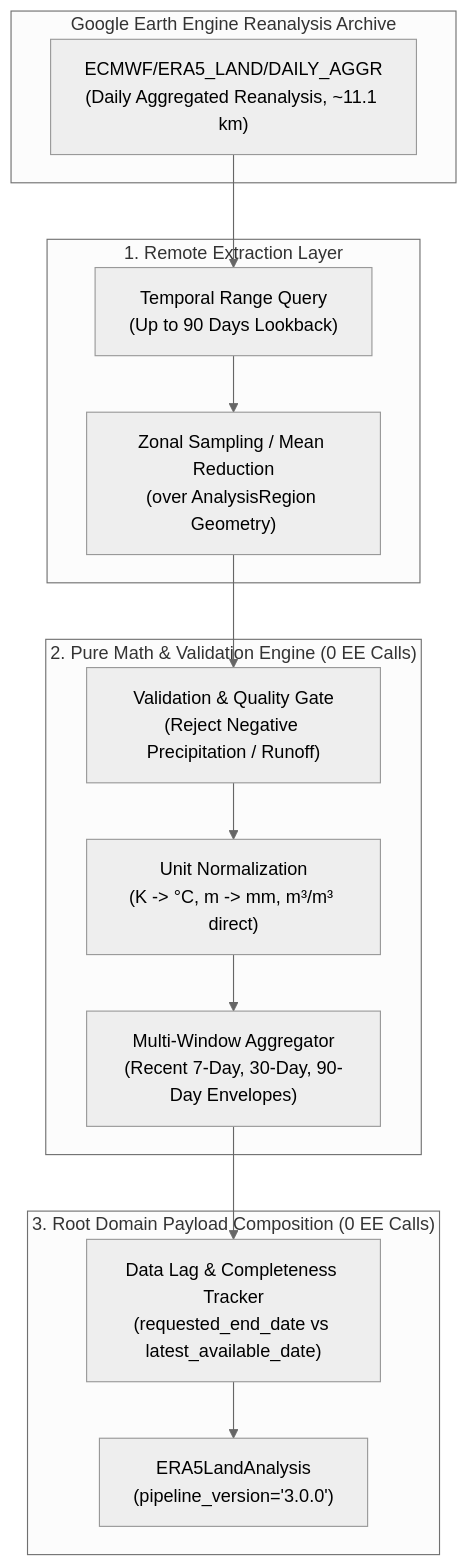
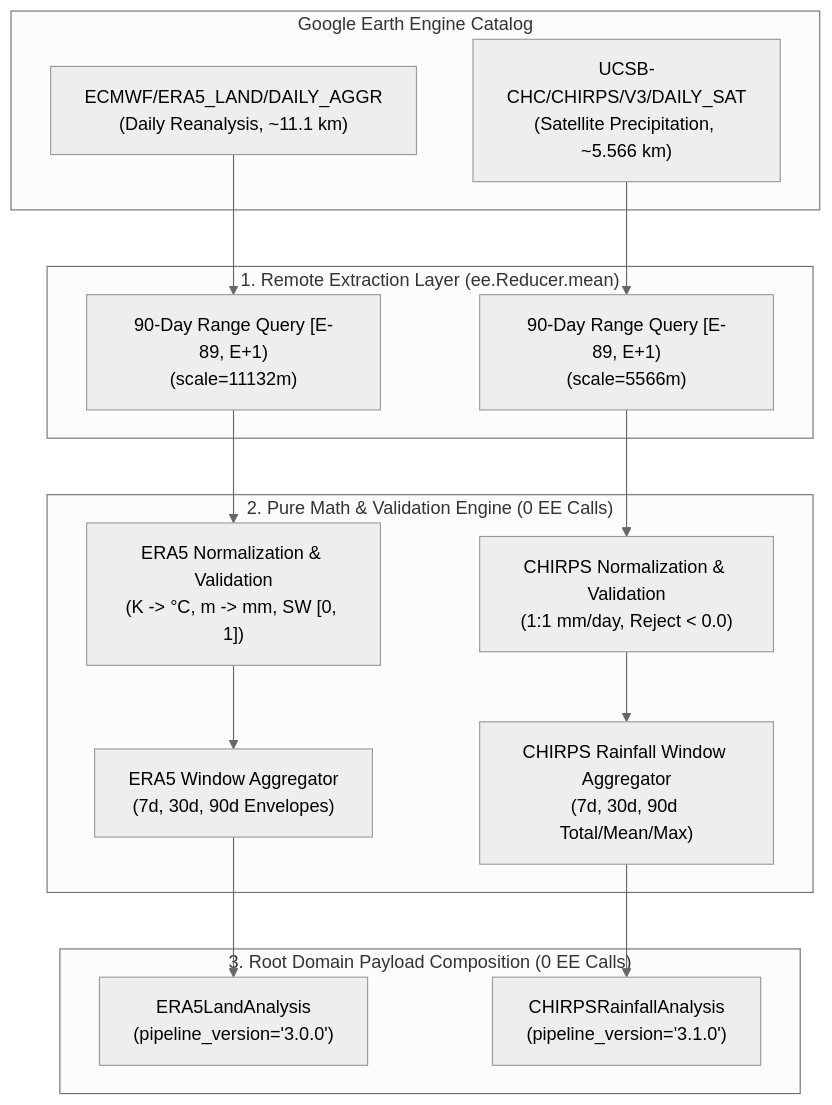
One commit to Kushagra-Dixit-0906/bharatsahayak-v2 changed the third of 3 diagrams in docs/ARCHITECTURE.md. Above: the diagram before and after it, drawn with Mermaid (neutral theme). The commit also changed other lines of this file and 19 other files, not shown here.

Commit message:
feat(environment): complete Phase 3B CHIRPS rainfall subsystem

````diff
--- a/docs/ARCHITECTURE.md
+++ b/docs/ARCHITECTURE.md
@@ -205,22 +205,24 @@
 ```mermaid
 graph TD
-    subgraph EarthEngineCatalog ["Google Earth Engine Reanalysis Archive"]
-        ERA["ECMWF/ERA5_LAND/DAILY_AGGR\n(Daily Aggregated Reanalysis, ~11.1 km)"]
+    subgraph EarthEngineCatalog ["Google Earth Engine Catalog"]
+        ERA["ECMWF/ERA5_LAND/DAILY_AGGR\n(Daily Reanalysis, ~11.1 km)"]
+        CHIRPS["UCSB-CHC/CHIRPS/V3/DAILY_SAT\n(Satellite Precipitation, ~5.566 km)"]
     end
 
-    subgraph DataExtraction ["1. Remote Extraction Layer"]
-        ERA --> Query["Temporal Range Query\n(Up to 90 Days Lookback)"]
-        Query --> Sample["Zonal Sampling / Mean Reduction\n(over AnalysisRegion Geometry)"]
+    subgraph DataExtraction ["1. Remote Extraction Layer (ee.Reducer.mean)"]
+        ERA --> QueryERA["90-Day Range Query [E-89, E+1)\n(scale=11132m)"]
+        CHIRPS --> QueryCHIRPS["90-Day Range Query [E-89, E+1)\n(scale=5566m)"]
     end
 
     subgraph ValidationEngine ["2. Pure Math & Validation Engine (0 EE Calls)"]
-        Sample --> Val["Validation & Quality Gate\n(Reject Negative Precipitation / Runoff)"]
-        Val --> Norm["Unit Normalization\n(K -> °C, m -> mm, m³/m³ direct)"]
-        Norm --> Win["Multi-Window Aggregator\n(Recent 7-Day, 30-Day, 90-Day Envelopes)"]
+        QueryERA --> NormERA["ERA5 Normalization & Validation\n(K -> °C, m -> mm, SW [0, 1])"]
+        QueryCHIRPS --> NormCHIRPS["CHIRPS Normalization & Validation\n(1:1 mm/day, Reject < 0.0)"]
+        NormERA --> WinERA["ERA5 Window Aggregator\n(7d, 30d, 90d Envelopes)"]
+        NormCHIRPS --> WinCHIRPS["CHIRPS Rainfall Window Aggregator\n(7d, 30d, 90d Total/Mean/Max)"]
     end
 
     subgraph DomainAssembly ["3. Root Domain Payload Composition (0 EE Calls)"]
-        Win --> Lag["Data Lag & Completeness Tracker\n(requested_end_date vs latest_available_date)"]
-        Lag --> Out["ERA5LandAnalysis\n(pipeline_version='3.0.0')"]
+        WinERA --> OutERA["ERA5LandAnalysis\n(pipeline_version='3.0.0')"]
+        WinCHIRPS --> OutCHIRPS["CHIRPSRainfallAnalysis\n(pipeline_version='3.1.0')"]
     end
 ```
````
